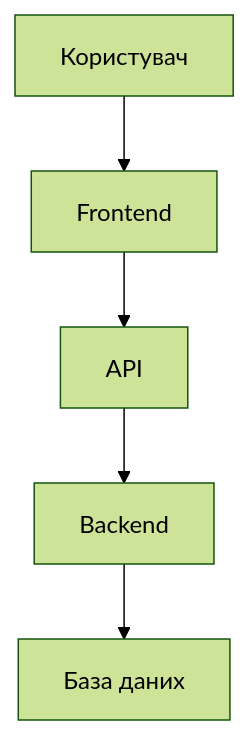
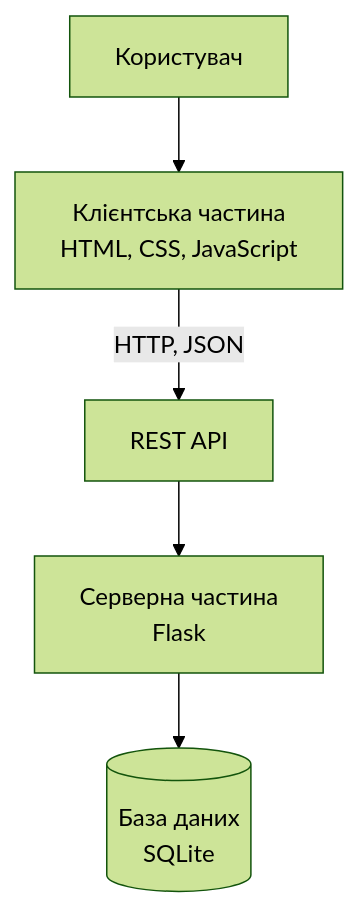
Before and after one commit to olroi421/course-opi-v2: the first of 2 diagrams in labs/lab-09.md, drawn with Mermaid (forest theme). The commit also changed other lines of this file and 11 other files, not shown here.

````diff
--- a/labs/lab-09.md
+++ b/labs/lab-09.md
@@ -105,7 +109,7 @@
 ```mermaid
 graph TB
-    A[Користувач] --> B[Frontend]
-    B --> C[API]
-    C --> D[Backend]
-    D --> E[База даних]
+    A[Користувач] --> B[Клієнтська частина<br/>HTML, CSS, JavaScript]
+    B -->|HTTP, JSON| C[REST API]
+    C --> D[Серверна частина<br/>Flask]
+    D --> E[(База даних<br/>SQLite)]
 ```
````
